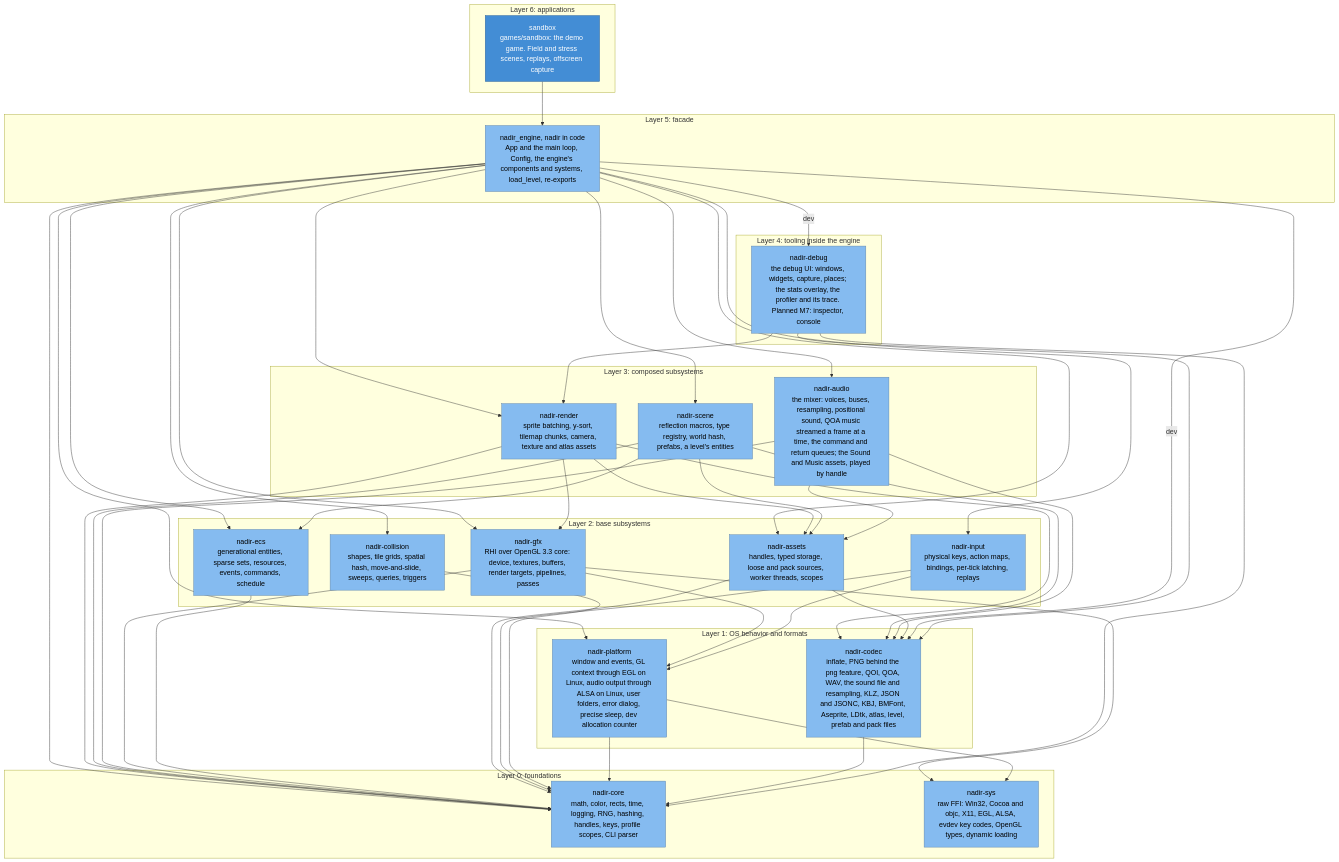
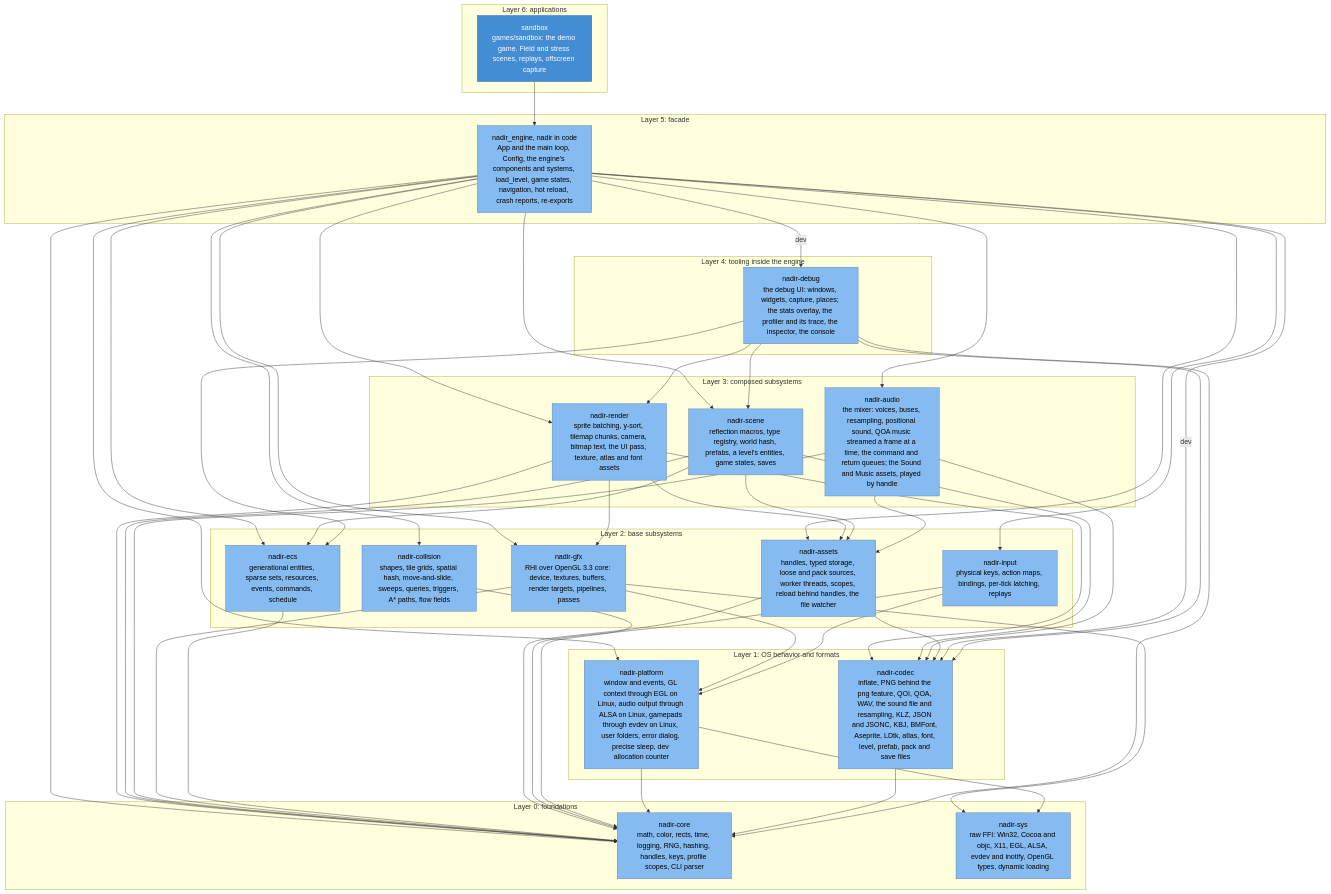
One commit to jabbott-iii/Nadir changed the third of 5 diagrams in diagrams/c4-architecture.md. Above: the diagram before and after it, drawn with Mermaid. The commit also changed other lines of this file and 38 other files, not shown here.

````diff
--- a/diagrams/c4-architecture.md
+++ b/diagrams/c4-architecture.md
@@ -155,78 +158,80 @@
 ```mermaid
 flowchart TB
     subgraph L6["Layer 6: applications"]
         n_sandbox["sandbox<br/>games/sandbox: the demo game. Field and stress scenes, replays, offscreen capture"]
     end
     subgraph L5["Layer 5: facade"]
-        n_engine["nadir_engine, nadir in code<br/>App and the main loop, Config, the engine's components and systems, load_level, re-exports"]
+        n_engine["nadir_engine, nadir in code<br/>App and the main loop, Config, the engine's components and systems, load_level, game states, navigation, hot reload, crash reports, re-exports"]
     end
     subgraph L4["Layer 4: tooling inside the engine"]
-        n_debug["nadir-debug<br/>the debug UI: windows, widgets, capture, places; the stats overlay, the profiler and its trace. Planned M7: inspector, console"]
+        n_debug["nadir-debug<br/>the debug UI: windows, widgets, capture, places; the stats overlay, the profiler and its trace, the inspector, the console"]
     end
     subgraph L3["Layer 3: composed subsystems"]
-        n_render["nadir-render<br/>sprite batching, y-sort, tilemap chunks, camera, texture and atlas assets"]
-        n_scene["nadir-scene<br/>reflection macros, type registry, world hash, prefabs, a level's entities"]
+        n_render["nadir-render<br/>sprite batching, y-sort, tilemap chunks, camera, bitmap text, the UI pass, texture, atlas and font assets"]
+        n_scene["nadir-scene<br/>reflection macros, type registry, world hash, prefabs, a level's entities, game states, saves"]
         n_audio["nadir-audio<br/>the mixer: voices, buses, resampling, positional sound, QOA music streamed a frame at a time, the command and return queues; the Sound and Music assets, played by handle"]
     end
     subgraph L2["Layer 2: base subsystems"]
         n_gfx["nadir-gfx<br/>RHI over OpenGL 3.3 core: device, textures, buffers, render targets, pipelines, passes"]
         n_ecs["nadir-ecs<br/>generational entities, sparse sets, resources, events, commands, schedule"]
-        n_assets["nadir-assets<br/>handles, typed storage, loose and pack sources, worker threads, scopes"]
+        n_assets["nadir-assets<br/>handles, typed storage, loose and pack sources, worker threads, scopes, reload behind handles, the file watcher"]
         n_input["nadir-input<br/>physical keys, action maps, bindings, per-tick latching, replays"]
-        n_collision["nadir-collision<br/>shapes, tile grids, spatial hash, move-and-slide, sweeps, queries, triggers"]
+        n_collision["nadir-collision<br/>shapes, tile grids, spatial hash, move-and-slide, sweeps, queries, triggers, A* paths, flow fields"]
     end
     subgraph L1["Layer 1: OS behavior and formats"]
-        n_platform["nadir-platform<br/>window and events, GL context through EGL on Linux, audio output through ALSA on Linux, user folders, error dialog, precise sleep, dev allocation counter"]
-        n_codec["nadir-codec<br/>inflate, PNG behind the png feature, QOI, QOA, WAV, the sound file and resampling, KLZ, JSON and JSONC, KBJ, BMFont, Aseprite, LDtk, atlas, level, prefab and pack files"]
+        n_platform["nadir-platform<br/>window and events, GL context through EGL on Linux, audio output through ALSA on Linux, gamepads through evdev on Linux, user folders, error dialog, precise sleep, dev allocation counter"]
+        n_codec["nadir-codec<br/>inflate, PNG behind the png feature, QOI, QOA, WAV, the sound file and resampling, KLZ, JSON and JSONC, KBJ, BMFont, Aseprite, LDtk, atlas, font, level, prefab, pack and save files"]
     end
     subgraph L0["Layer 0: foundations"]
         n_core["nadir-core<br/>math, color, rects, time, logging, RNG, hashing, handles, keys, profile scopes, CLI parser"]
-        n_sys["nadir-sys<br/>raw FFI: Win32, Cocoa and objc, X11, EGL, ALSA, evdev key codes, OpenGL types, dynamic loading"]
+        n_sys["nadir-sys<br/>raw FFI: Win32, Cocoa and objc, X11, EGL, ALSA, evdev and inotify, OpenGL types, dynamic loading"]
     end
 
     n_sandbox --> n_engine
     n_engine --> n_assets
     n_engine --> n_audio
     n_engine --> n_collision
     n_engine --> n_core
     n_engine --> n_ecs
     n_engine --> n_gfx
     n_engine --> n_input
     n_engine --> n_platform
     n_engine --> n_render
     n_engine --> n_scene
     n_render --> n_assets
     n_render --> n_codec
     n_render --> n_core
     n_render --> n_gfx
     n_scene --> n_assets
     n_scene --> n_codec
     n_scene --> n_core
     n_scene --> n_ecs
     n_audio --> n_assets
     n_audio --> n_codec
     n_audio --> n_core
     n_gfx --> n_core
     n_gfx --> n_platform
     n_gfx --> n_sys
     n_ecs --> n_core
     n_assets --> n_codec
     n_assets --> n_core
     n_input --> n_core
     n_input --> n_platform
     n_collision --> n_core
     n_platform --> n_core
     n_platform --> n_sys
     n_codec --> n_core
     n_engine -->|"dev"| n_debug
     n_engine -->|"dev"| n_codec
     n_debug --> n_core
     n_debug --> n_codec
+    n_debug --> n_ecs
     n_debug --> n_render
+    n_debug --> n_scene
 
     classDef container fill:#438dd5,stroke:#2e6295,color:#ffffff
     classDef component fill:#85bbf0,stroke:#5d82a8,color:#000000
     classDef planned fill:#ffffff,stroke:#888888,stroke-dasharray: 5 5,color:#555555
     class n_sandbox container
     class n_engine,n_render,n_scene,n_audio,n_gfx,n_ecs,n_assets,n_input,n_collision,n_platform,n_codec,n_core,n_sys,n_debug component
 ```
````
